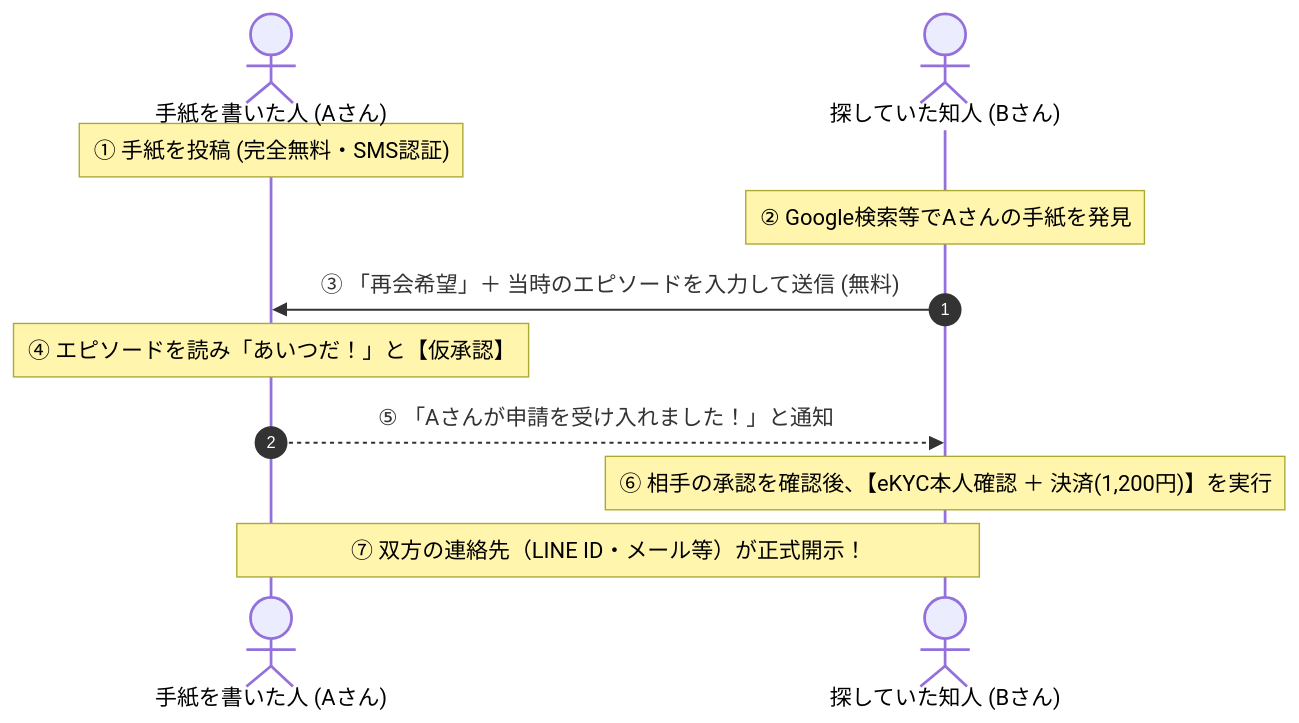
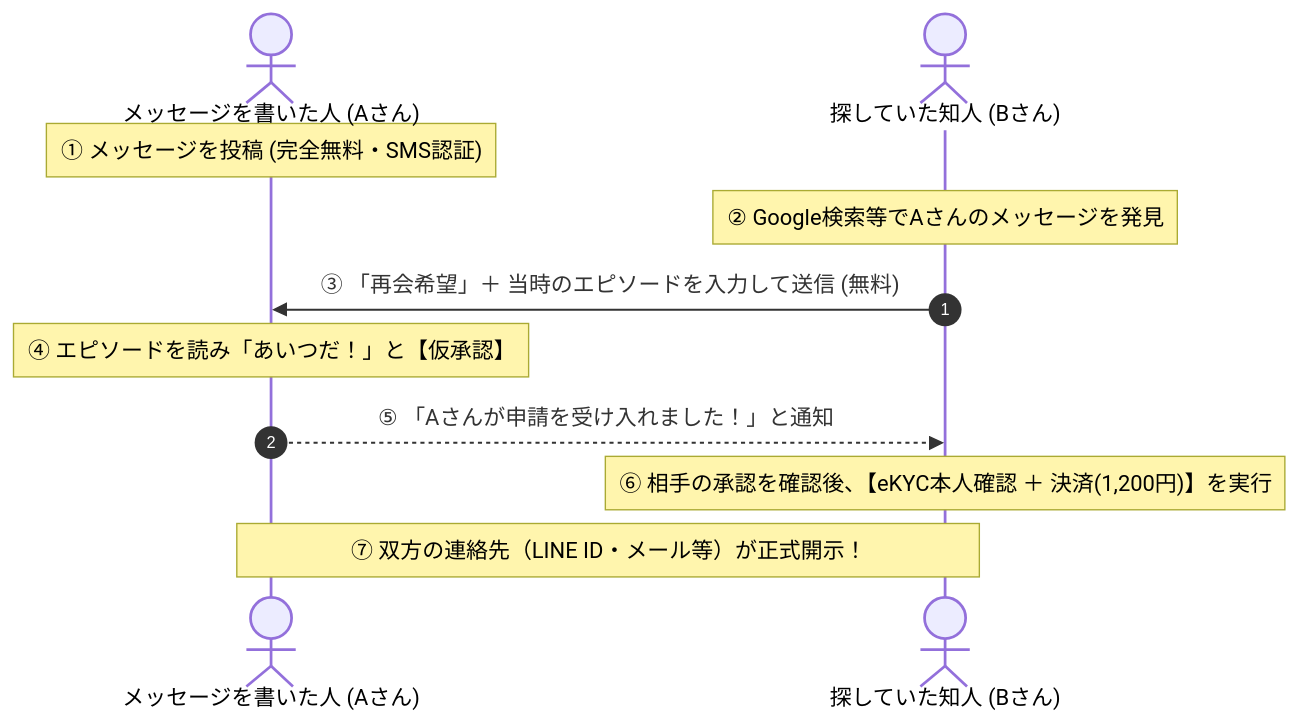
One commit to honmatakashi-beep/remeets_seekme changed the diagram in SEEKME_MASTER_SPEC.md. Above: the diagram before and after it, drawn with Mermaid. The commit also changed other lines of this file and 111 other files, not shown here.

````diff
--- a/SEEKME_MASTER_SPEC.md
+++ b/SEEKME_MASTER_SPEC.md
@@ -43,14 +43,14 @@
 ```mermaid
 sequenceDiagram
     autonumber
-    actor A as 手紙を書いた人 (Aさん)
+    actor A as メッセージを書いた人 (Aさん)
     actor B as 探していた知人 (Bさん)
     
-    Note over A: ① 手紙を投稿 (完全無料・SMS認証)
-    Note over B: ② Google検索等でAさんの手紙を発見
+    Note over A: ① メッセージを投稿 (完全無料・SMS認証)
+    Note over B: ② Google検索等でAさんのメッセージを発見
     B->>A: ③ 「再会希望」＋ 当時のエピソードを入力して送信 (無料)
     Note over A: ④ エピソードを読み「あいつだ！」と【仮承認】
     A-->>B: ⑤ 「Aさんが申請を受け入れました！」と通知
     Note over B: ⑥ 相手の承認を確認後、【eKYC本人確認 ＋ 決済(1,200円)】を実行
     Note over A,B: ⑦ 双方の連絡先（LINE ID・メール等）が正式開示！
 ```
````
